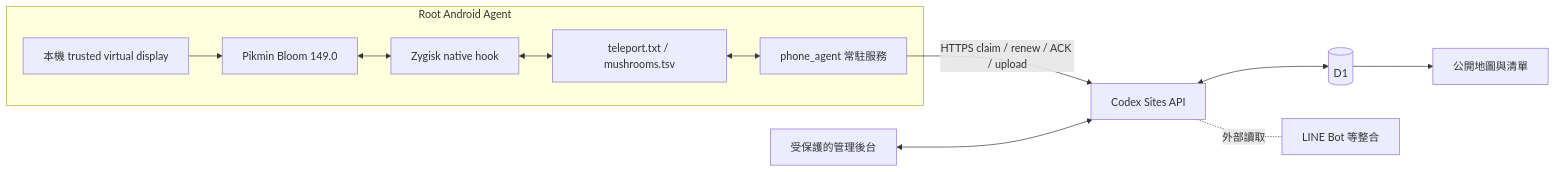
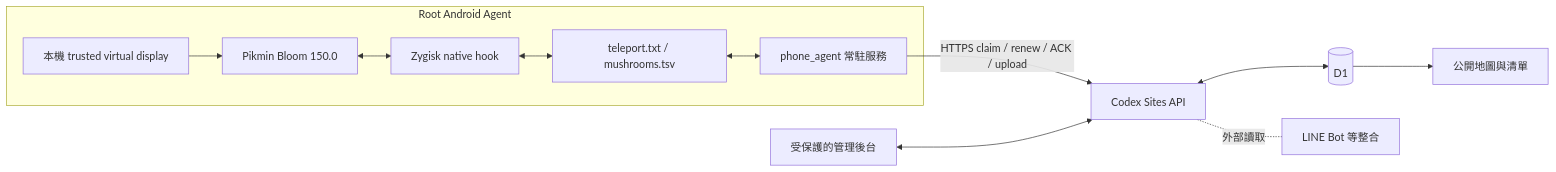
The diagram in README.md (bittieshsu/pikmin-mush), drawn with Mermaid before and after one commit. The commit also changed other lines of this file and 12 other files, not shown here.

````diff
--- a/README.md
+++ b/README.md
@@ -85,21 +85,21 @@
 ```mermaid
 flowchart LR
     subgraph Android[Root Android Agent]
-        Game[Pikmin Bloom 149.0]
+        Game[Pikmin Bloom 150.0]
         Hook[Zygisk native hook]
         Files[teleport.txt / mushrooms.tsv]
         Agent[phone_agent 常駐服務]
         Display[本機 trusted virtual display]
 
         Game <--> Hook
         Hook <--> Files
         Files <--> Agent
         Display --> Game
     end
 
     Agent -->|HTTPS claim / renew / ACK / upload| API[Codex Sites API]
     API <--> D1[(D1)]
     D1 --> Map[公開地圖與清單]
     Admin[受保護的管理後台] <--> API
     API -.外部讀取.- Bot[LINE Bot 等整合]
 ```
````
